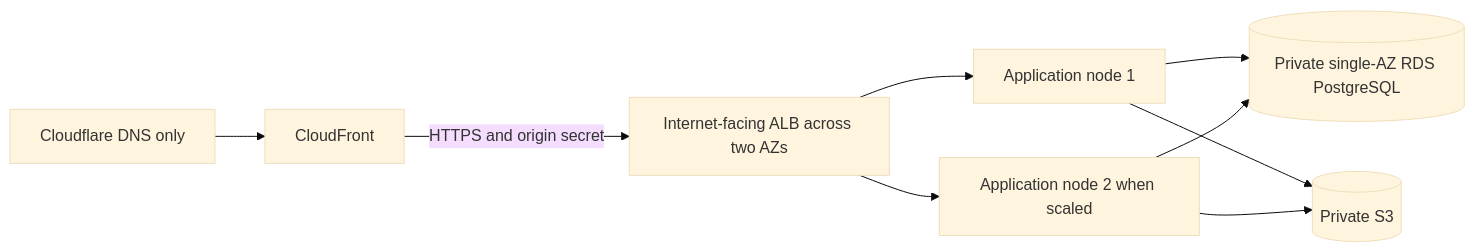
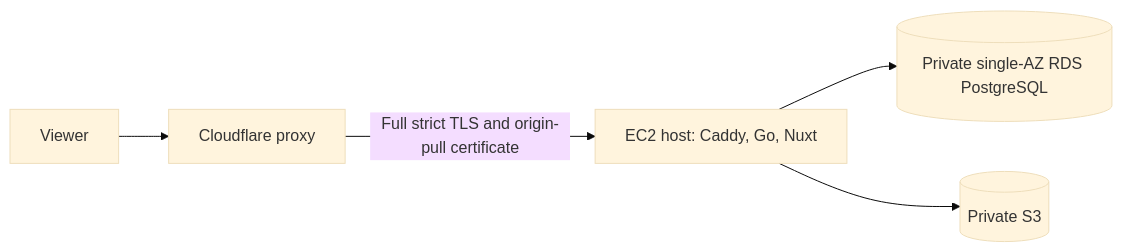
The diagram in docs/design/deployment.md (dannyota/aboutme), drawn with Mermaid (base theme) before and after one commit. The commit also changed other lines of this file and 15 other files, not shown here.

Commit message:
docs: accept single-host production and align the design

````diff
--- a/docs/design/deployment.md
+++ b/docs/design/deployment.md
@@ -69,11 +57,7 @@
 ```mermaid
 graph LR
-    DNS[Cloudflare DNS only] --> CF[CloudFront]
-    CF -->|HTTPS and origin secret| ALB[Internet-facing ALB across two AZs]
-    ALB --> A1[Application node 1]
-    ALB --> A2[Application node 2 when scaled]
-    A1 --> PG[(Private single-AZ RDS PostgreSQL)]
-    A2 --> PG
-    A1 --> S3[(Private S3)]
-    A2 --> S3
+    V[Viewer] --> CF[Cloudflare proxy]
+    CF -->|Full strict TLS and origin-pull certificate| H[EC2 host: Caddy, Go, Nuxt]
+    H --> PG[(Private single-AZ RDS PostgreSQL)]
+    H --> S3[(Private S3)]
 ```
````
